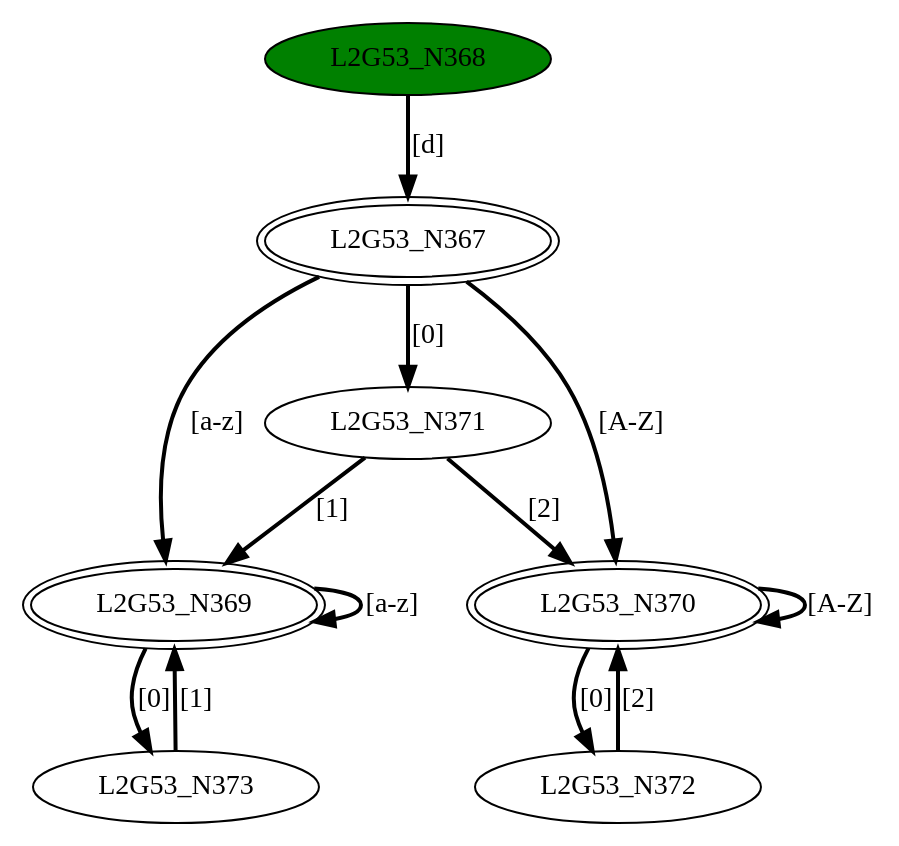
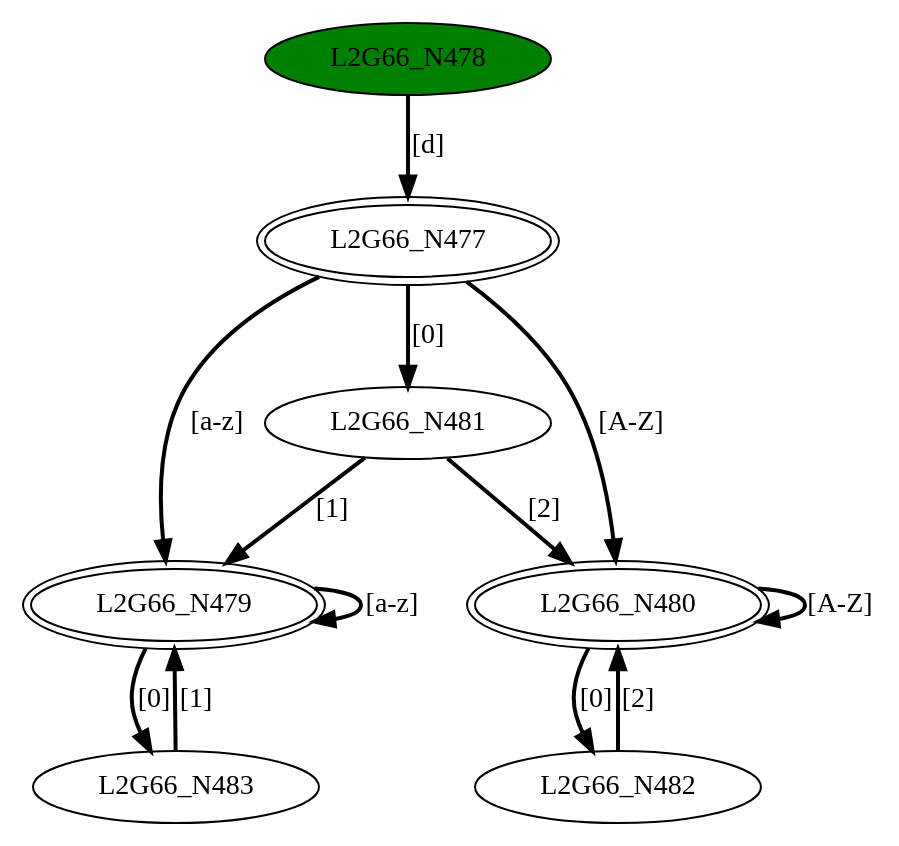
One commit to GDimitroulakos/EDUFLEX changed the diagram in DFASimulator/Testbench/minimizedDFA2.dot. Above: the diagram before and after it, drawn with Graphviz. The commit also changed 51 other files, not shown here.

```diff
--- a/DFASimulator/Testbench/minimizedDFA2.dot
+++ b/DFASimulator/Testbench/minimizedDFA2.dot
@@ -1,21 +1,21 @@
-digraph G53{
-"L2G53_N367" [peripheries=2];
-"L2G53_N368" [style=filled,fillcolor=green];
-"L2G53_N369" [peripheries=2];
-"L2G53_N370" [peripheries=2];
-"L2G53_N371";
-"L2G53_N372";
-"L2G53_N373";
-"L2G53_N367"->"L2G53_N369" [style = bold, label = "[a-z]"];
-"L2G53_N367"->"L2G53_N370" [style = bold, label = "[A-Z]"];
-"L2G53_N367"->"L2G53_N371" [style = bold, label = "[0]"];
-"L2G53_N368"->"L2G53_N367" [style = bold, label = "[d]"];
-"L2G53_N369"->"L2G53_N369" [style = bold, label = "[a-z]"];
-"L2G53_N369"->"L2G53_N373" [style = bold, label = "[0]"];
-"L2G53_N370"->"L2G53_N370" [style = bold, label = "[A-Z]"];
-"L2G53_N370"->"L2G53_N372" [style = bold, label = "[0]"];
-"L2G53_N371"->"L2G53_N369" [style = bold, label = "[1]"];
-"L2G53_N371"->"L2G53_N370" [style = bold, label = "[2]"];
-"L2G53_N372"->"L2G53_N370" [style = bold, label = "[2]"];
-"L2G53_N373"->"L2G53_N369" [style = bold, label = "[1]"];
+digraph G66{
+"L2G66_N477" [peripheries=2];
+"L2G66_N478" [style=filled,fillcolor=green];
+"L2G66_N479" [peripheries=2];
+"L2G66_N480" [peripheries=2];
+"L2G66_N481";
+"L2G66_N482";
+"L2G66_N483";
+"L2G66_N477"->"L2G66_N479" [style = bold, label = "[a-z]"];
+"L2G66_N477"->"L2G66_N480" [style = bold, label = "[A-Z]"];
+"L2G66_N477"->"L2G66_N481" [style = bold, label = "[0]"];
+"L2G66_N478"->"L2G66_N477" [style = bold, label = "[d]"];
+"L2G66_N479"->"L2G66_N479" [style = bold, label = "[a-z]"];
+"L2G66_N479"->"L2G66_N483" [style = bold, label = "[0]"];
+"L2G66_N480"->"L2G66_N480" [style = bold, label = "[A-Z]"];
+"L2G66_N480"->"L2G66_N482" [style = bold, label = "[0]"];
+"L2G66_N481"->"L2G66_N479" [style = bold, label = "[1]"];
+"L2G66_N481"->"L2G66_N480" [style = bold, label = "[2]"];
+"L2G66_N482"->"L2G66_N480" [style = bold, label = "[2]"];
+"L2G66_N483"->"L2G66_N479" [style = bold, label = "[1]"];
 }
```
